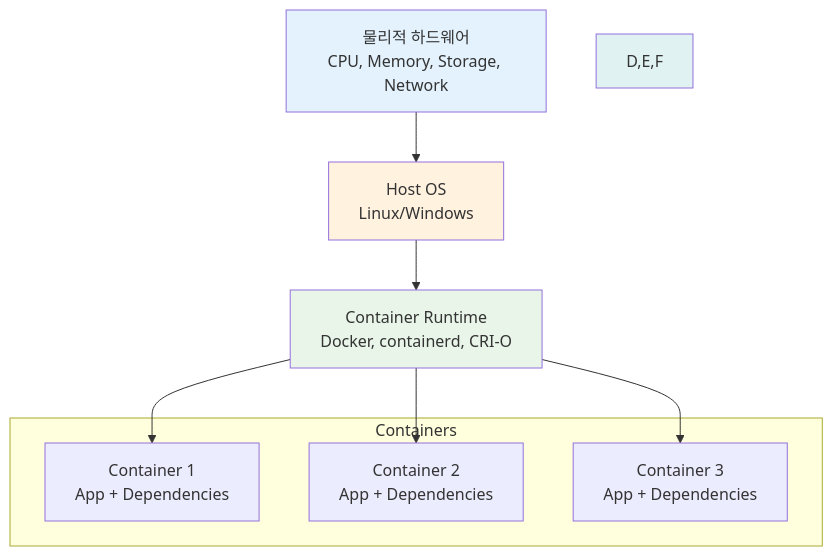
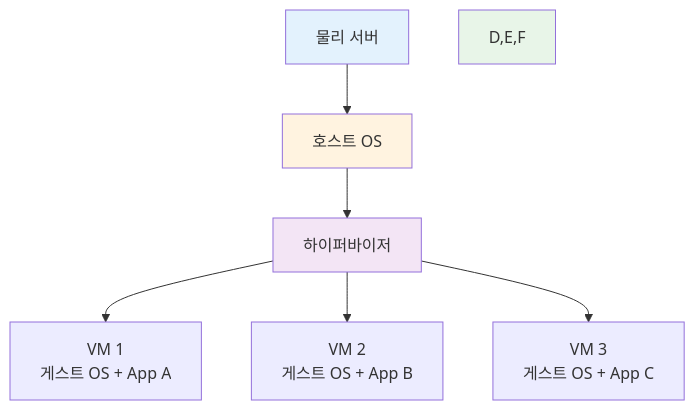
One commit to niceguy61/kdt_devops_lecture_2025 changed the third of 4 diagrams in theory/week_01/day2/session_1.md. Above: the diagram before and after it, drawn with Mermaid. The commit also changed other lines of this file and 26 other files, not shown here.

````diff
--- a/theory/week_01/day2/session_1.md
+++ b/theory/week_01/day2/session_1.md
@@ -107,23 +86,13 @@
 ```mermaid
 graph TB
-    A[물리적 하드웨어<br/>CPU, Memory, Storage, Network]
-    B[Host OS<br/>Linux/Windows]
-    C[Container Runtime<br/>Docker, containerd, CRI-O]
-    
-    subgraph "Containers"
-        D[Container 1<br/>App + Dependencies]
-        E[Container 2<br/>App + Dependencies]
-        F[Container 3<br/>App + Dependencies]
-    end
-    
-    A --> B
-    B --> C
-    C --> D
-    C --> E
-    C --> F
+    A[물리 서버] --> B[호스트 OS]
+    B --> C[하이퍼바이저]
+    C --> D[VM 1<br/>게스트 OS + App A]
+    C --> E[VM 2<br/>게스트 OS + App B]
+    C --> F[VM 3<br/>게스트 OS + App C]
     
     style A fill:#e3f2fd
     style B fill:#fff3e0
-    style C fill:#e8f5e8
-    style D,E,F fill:#e0f2f1
+    style C fill:#f3e5f5
+    style D,E,F fill:#e8f5e8
 ```
````
